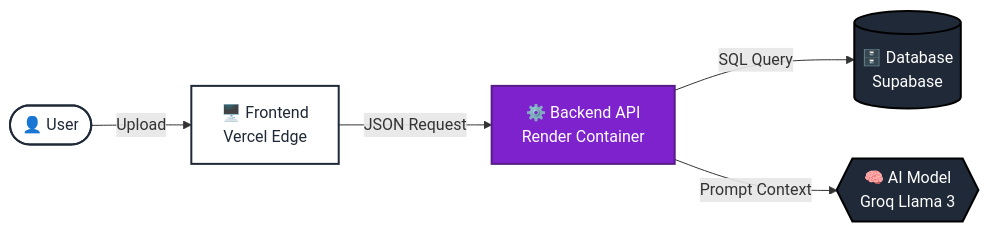
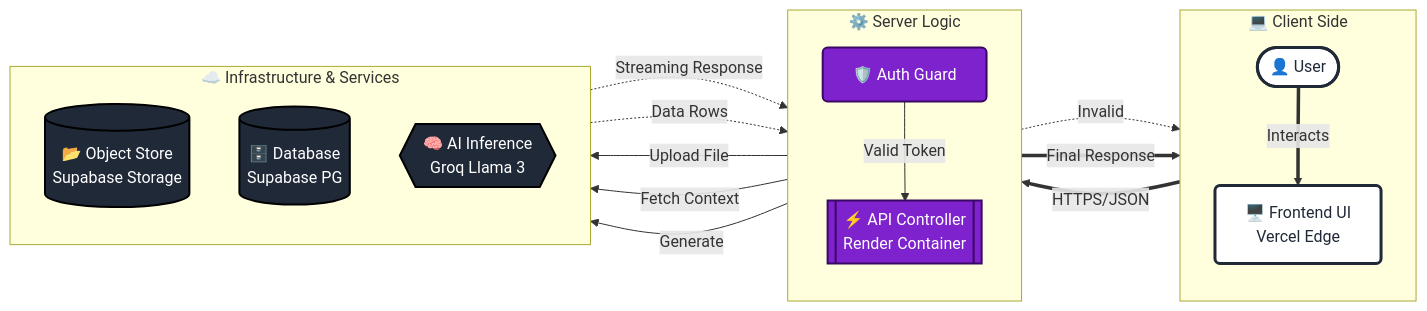
One commit to SujalAgrawal08/DocBrief changed the first of 2 diagrams in README.md. Above: the diagram before and after it, drawn with Mermaid.

````diff
--- a/README.md
+++ b/README.md
@@ -38,27 +38,56 @@
 ```mermaid
 graph LR
-    %% Theme Styling
-    classDef purple fill:#7e22ce,stroke:#581c87,stroke-width:2px,color:white;
-    classDef white fill:#ffffff,stroke:#1f2937,stroke-width:2px,color:#1f2937;
-    classDef black fill:#1f2937,stroke:#000000,stroke-width:2px,color:white;
+    %% --- THEME DEFINITIONS ---
+    %% White: Client-side / Entry points
+    classDef white fill:#ffffff,stroke:#1f2937,stroke-width:3px,color:#1f2937,rx:5,ry:5;
+    %% Purple: Processing / Active Logic / The "Brain"
+    classDef purple fill:#7e22ce,stroke:#3b0764,stroke-width:2px,color:#ffffff,rx:5,ry:5;
+    %% Black: Data Storage / AI / Deep Infrastructure
+    classDef black fill:#1f2937,stroke:#000000,stroke-width:2px,color:#ffffff,rx:5,ry:5;
 
-    %% Nodes
-    User([👤 User]) 
-    FE[🖥️ Frontend<br/>Vercel Edge]
-    BE[⚙️ Backend API<br/>Render Container]
+    %% --- NODES & SUBGRAPHS ---
+
+    subgraph Client ["💻 Client Side"]
+        direction TB
+        User([👤 User])
+        UI[🖥️ Frontend UI<br/>Vercel Edge]
+    end
+
+    subgraph Server ["⚙️ Server Logic"]
+        direction TB
+        Auth[🛡️ Auth Guard]
+        Controller[[⚡ API Controller<br/>Render Container]]
+    end
+
+    subgraph Infra ["☁️ Infrastructure & Services"]
+        direction TB
+        Bucket[(📂 Object Store<br/>Supabase Storage)]
+        DB[(🗄️ Database<br/>Supabase PG)]
+        AI{{🧠 AI Inference<br/>Groq Llama 3}}
+    end
+
+    %% --- CONNECTIONS ---
     
-    %% Branching Services
-    DB[(🗄️ Database<br/>Supabase)]
-    AI{{🧠 AI Model<br/>Groq Llama 3}}
+    %% Primary Flow
+    User ==>|Interacts| UI
+    UI ==>|HTTPS/JSON| Auth
+    
+    %% Logic Flow
+    Auth -->|Valid Token| Controller
+    Auth -.->|Invalid| UI
+    
+    %% Service Interactions
+    Controller -->|Upload File| Bucket
+    Controller -->|Fetch Context| DB
+    Controller -->|Generate| AI
+    
+    %% Return Flow
+    AI -.->|Streaming Response| Controller
+    DB -.->|Data Rows| Controller
+    Controller ==>|Final Response| UI
 
-    %% Connections
-    User -->|Upload| FE
-    FE -->|JSON Request| BE
-    BE -->|SQL Query| DB
-    BE -->|Prompt Context| AI
-
-    %% Styling Applications
-    class User,FE white;
-    class BE purple;
-    class DB,AI black;
+    %% --- APPLYING STYLES ---
+    class User,UI white;
+    class Controller,Auth purple;
+    class DB,AI,Bucket black;
 ```
````
